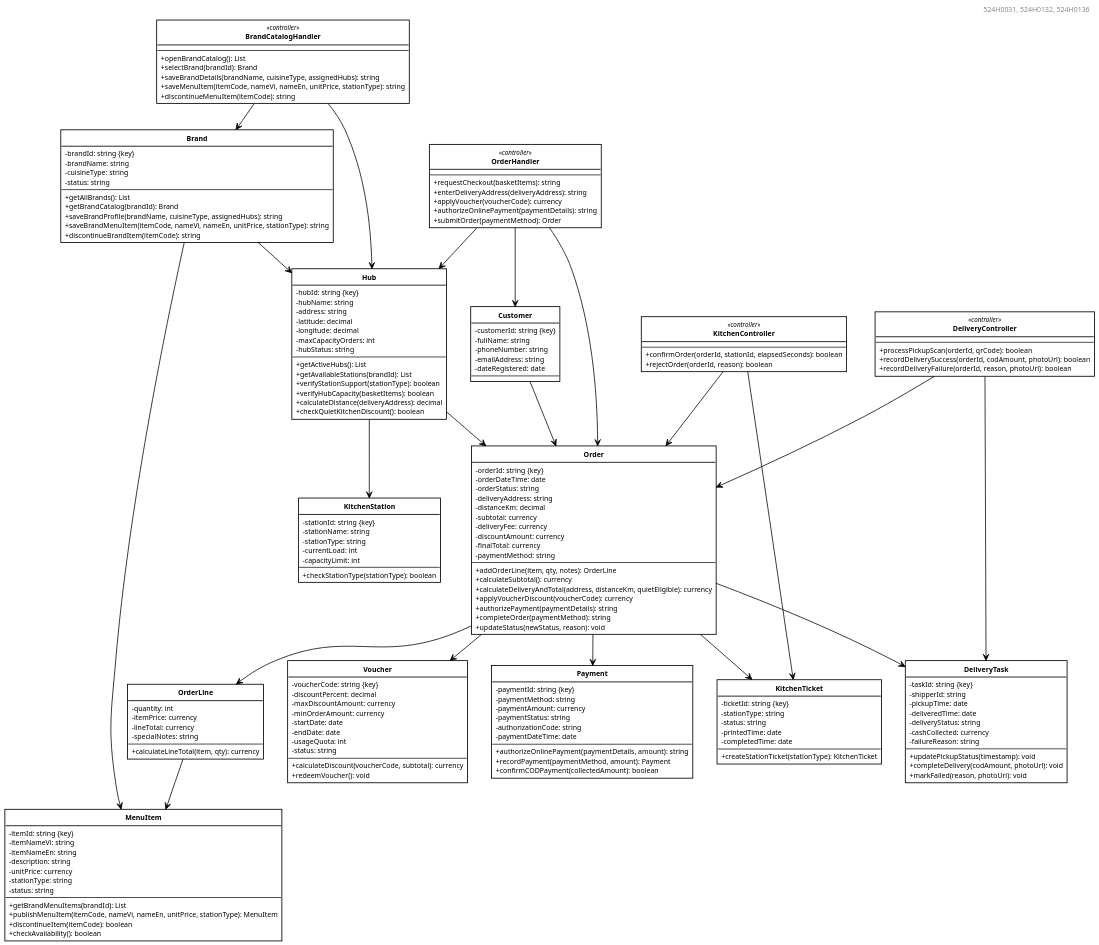
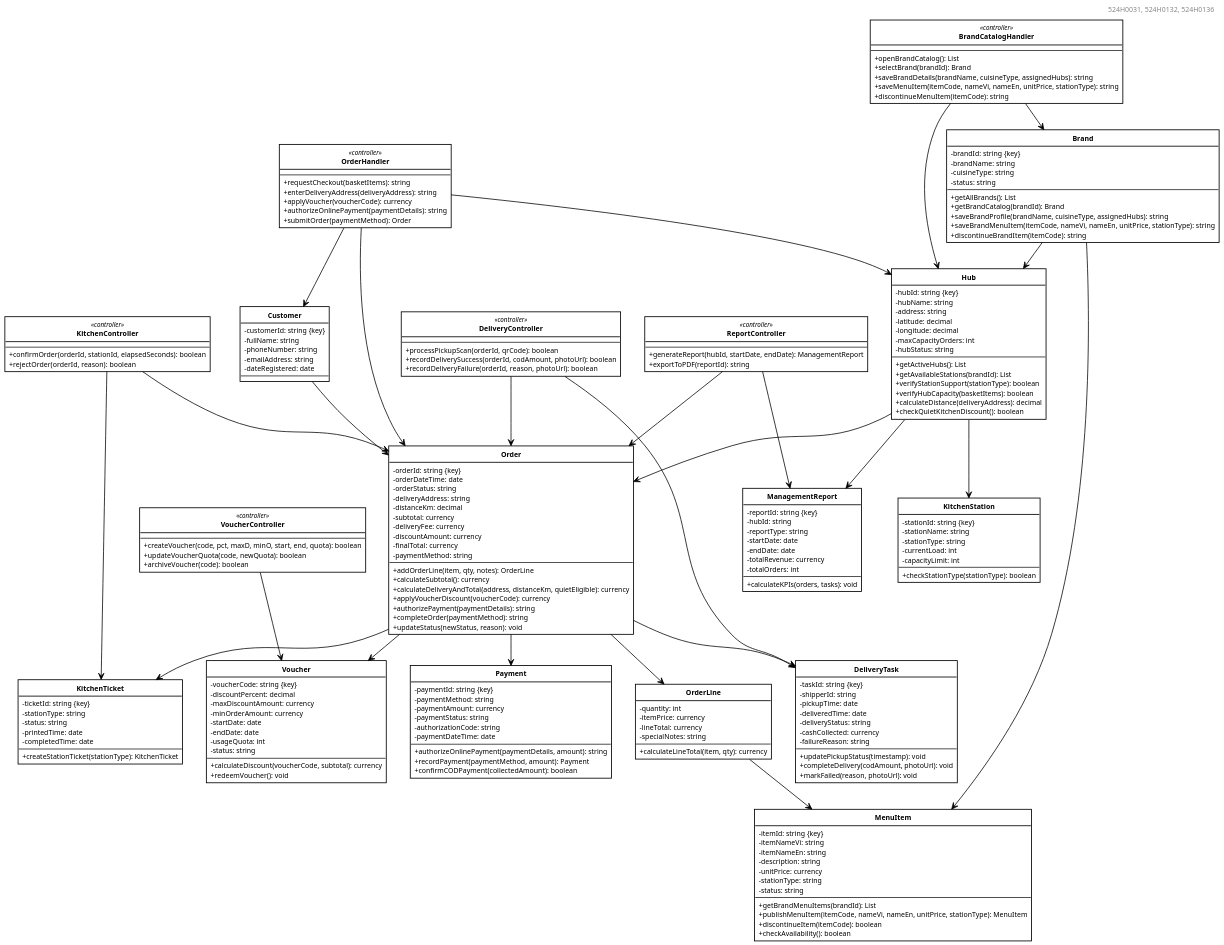
One commit to DoQuocTrung06/SaigonBite-RAD-TeamF10 changed the diagram in Part_3/models/Figure_4_1_Subsystem_DCD.puml. Above: the diagram before and after it, drawn with PlantUML. The commit also changed 8 other files, not shown here.

Commit message:
fix(part3): finalize Subsystem DCD, 17-table ERD, UC16 sequence, Appendix 3.7 & Slide 1 title (524H0031)

```diff
--- a/Part_3/models/Figure_4_1_Subsystem_DCD.puml
+++ b/Part_3/models/Figure_4_1_Subsystem_DCD.puml
@@ -59,6 +59,19 @@
   +processPickupScan(orderId, qrCode): boolean
   +recordDeliverySuccess(orderId, codAmount, photoUrl): boolean
   +recordDeliveryFailure(orderId, reason, photoUrl): boolean
+}
+
+class VoucherController <<controller>> {
+  --
+  +createVoucher(code, pct, maxD, minO, start, end, quota): boolean
+  +updateVoucherQuota(code, newQuota): boolean
+  +archiveVoucher(code): boolean
+}
+
+class ReportController <<controller>> {
+  --
+  +generateReport(hubId, startDate, endDate): ManagementReport
+  +exportToPDF(reportId): string
 }
 
 class Brand {
@@ -206,6 +219,18 @@
   +markFailed(reason, photoUrl): void
 }
 
+class ManagementReport {
+  -reportId: string {key}
+  -hubId: string
+  -reportType: string
+  -startDate: date
+  -endDate: date
+  -totalRevenue: currency
+  -totalOrders: int
+  --
+  +calculateKPIs(orders, tasks): void
+}
+
 BrandCatalogHandler --> Brand
 BrandCatalogHandler --> Hub
 Brand --> Hub
@@ -222,6 +247,10 @@
 KitchenController --> KitchenTicket
 DeliveryController --> DeliveryTask
 DeliveryController --> Order
+VoucherController --> Voucher
+ReportController --> ManagementReport
+ReportController --> Order
+Hub --> ManagementReport
 
 Order --> Voucher
 Order --> Payment
```
